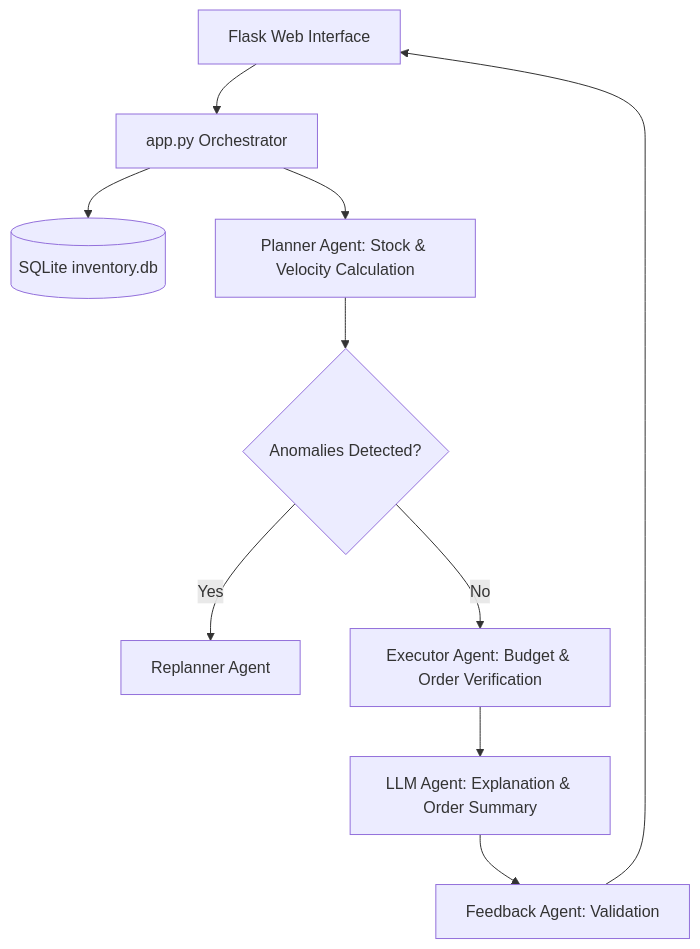
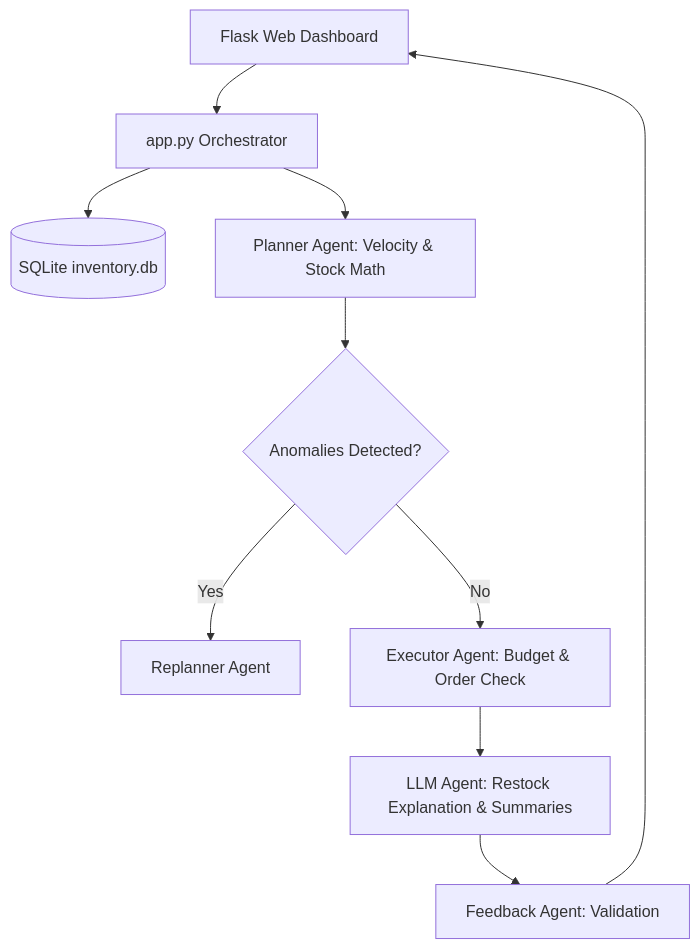
One commit to Bhumikaravi/Agentic_AI_Project changed the diagram in README.md. Above: the diagram before and after it, drawn with Mermaid. The commit also changed other lines of this file, not shown here.

Commit message:
docs: modernize README with dynamic banners, system architecture, and setup instructions

````diff
--- a/README.md
+++ b/README.md
@@ -23,12 +44,12 @@
 ```mermaid
 flowchart TD
-    UI[Flask Web Interface] --> Controller[app.py Orchestrator]
+    UI[Flask Web Dashboard] --> Controller[app.py Orchestrator]
     Controller --> DB[(SQLite inventory.db)]
-    Controller --> Planner[Planner Agent: Stock & Velocity Calculation]
+    Controller --> Planner[Planner Agent: Velocity & Stock Math]
     Planner --> Replanner{Anomalies Detected?}
     Replanner -- Yes --> ReplannerAgent[Replanner Agent]
-    Replanner -- No --> Executor[Executor Agent: Budget & Order Verification]
-    Executor --> LLM[LLM Agent: Explanation & Order Summary]
+    Replanner -- No --> Executor[Executor Agent: Budget & Order Check]
+    Executor --> LLM[LLM Agent: Restock Explanation & Summaries]
     LLM --> Feedback[Feedback Agent: Validation]
     Feedback --> UI
 ```
````
